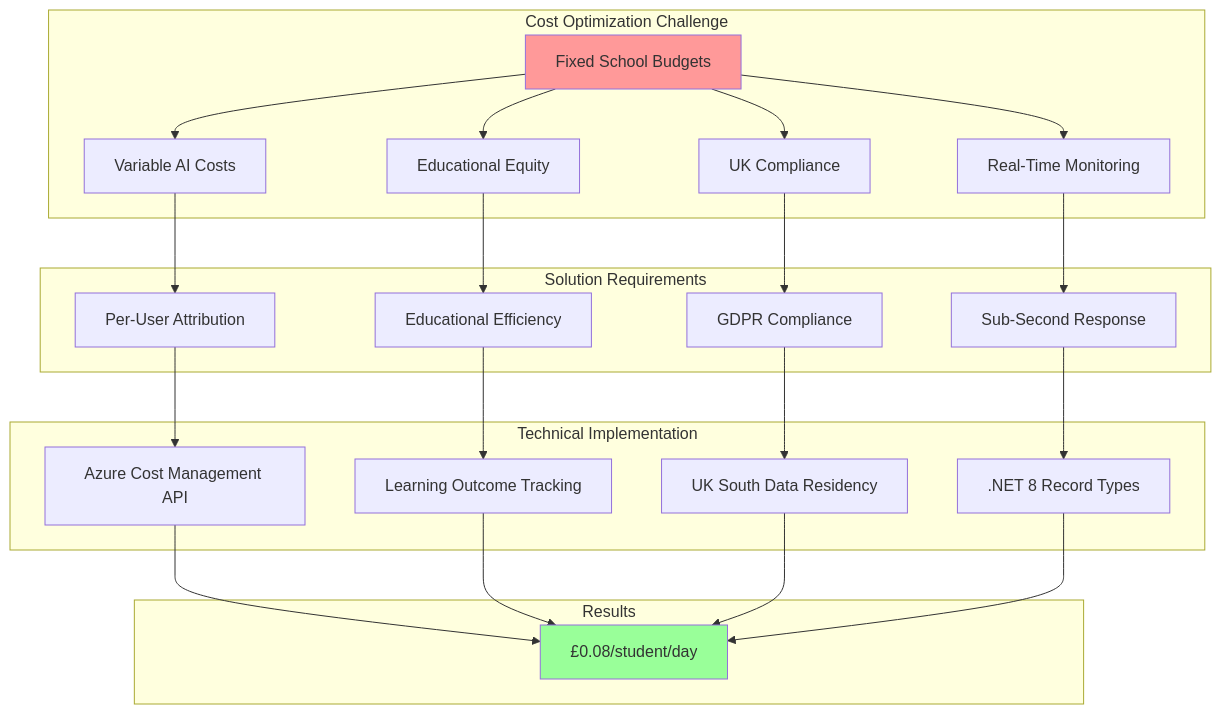
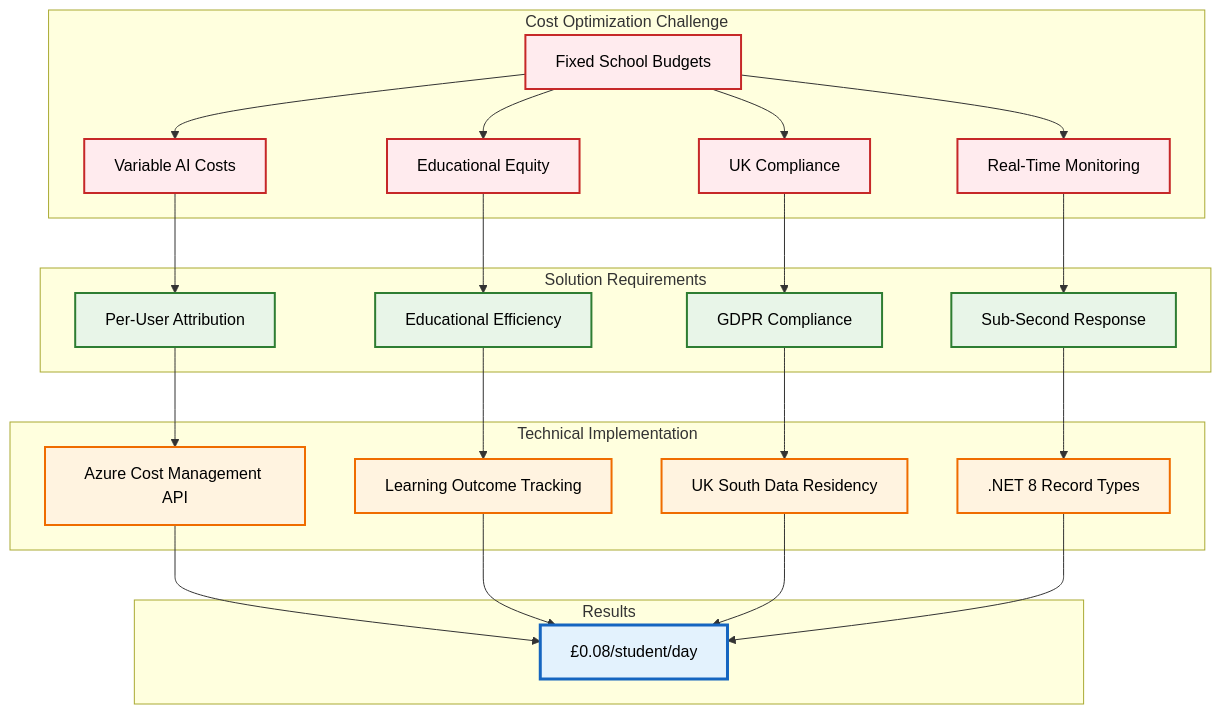
One commit to victorsaly/WorldLeadersGame changed the first of 9 diagrams in docs/_posts/2025-08-08-azure-cost-optimization-educational-platforms-per-user-attribution.md. Above: the diagram before and after it, drawn with Mermaid. The commit also changed other lines of this file and 1 other file, not shown here.

````diff
--- a/docs/_posts/2025-08-08-azure-cost-optimization-educational-platforms-per-user-attribution.md
+++ b/docs/_posts/2025-08-08-azure-cost-optimization-educational-platforms-per-user-attribution.md
@@ -32,33 +32,41 @@
 ```mermaid
 graph TB
     subgraph "Cost Optimization Challenge"
         A[Fixed School Budgets] --> B[Variable AI Costs]
         A --> C[Educational Equity]
         A --> D[UK Compliance]
         A --> E[Real-Time Monitoring]
     end
     
     subgraph "Solution Requirements"
         B --> F[Per-User Attribution]
         C --> G[Educational Efficiency]
         D --> H[GDPR Compliance]
         E --> I[Sub-Second Response]
     end
     
     subgraph "Technical Implementation"
         F --> J[Azure Cost Management API]
         G --> K[Learning Outcome Tracking]
         H --> L[UK South Data Residency]
         I --> M[.NET 8 Record Types]
     end
     
     subgraph "Results"
         J --> N[£0.08/student/day]
         K --> N
         L --> N
         M --> N
     end
     
-    style A fill:#ff9999
-    style N fill:#99ff99
+    %% Enhanced styling for better visual appeal
+    classDef challenge fill:#ffebee,stroke:#c62828,stroke-width:2px,color:#000
+    classDef solution fill:#e8f5e8,stroke:#2e7d32,stroke-width:2px,color:#000
+    classDef technical fill:#fff3e0,stroke:#ef6c00,stroke-width:2px,color:#000
+    classDef result fill:#e3f2fd,stroke:#1565c0,stroke-width:3px,color:#000
+    
+    class A,B,C,D,E challenge
+    class F,G,H,I solution
+    class J,K,L,M technical
+    class N result
 ```
````
